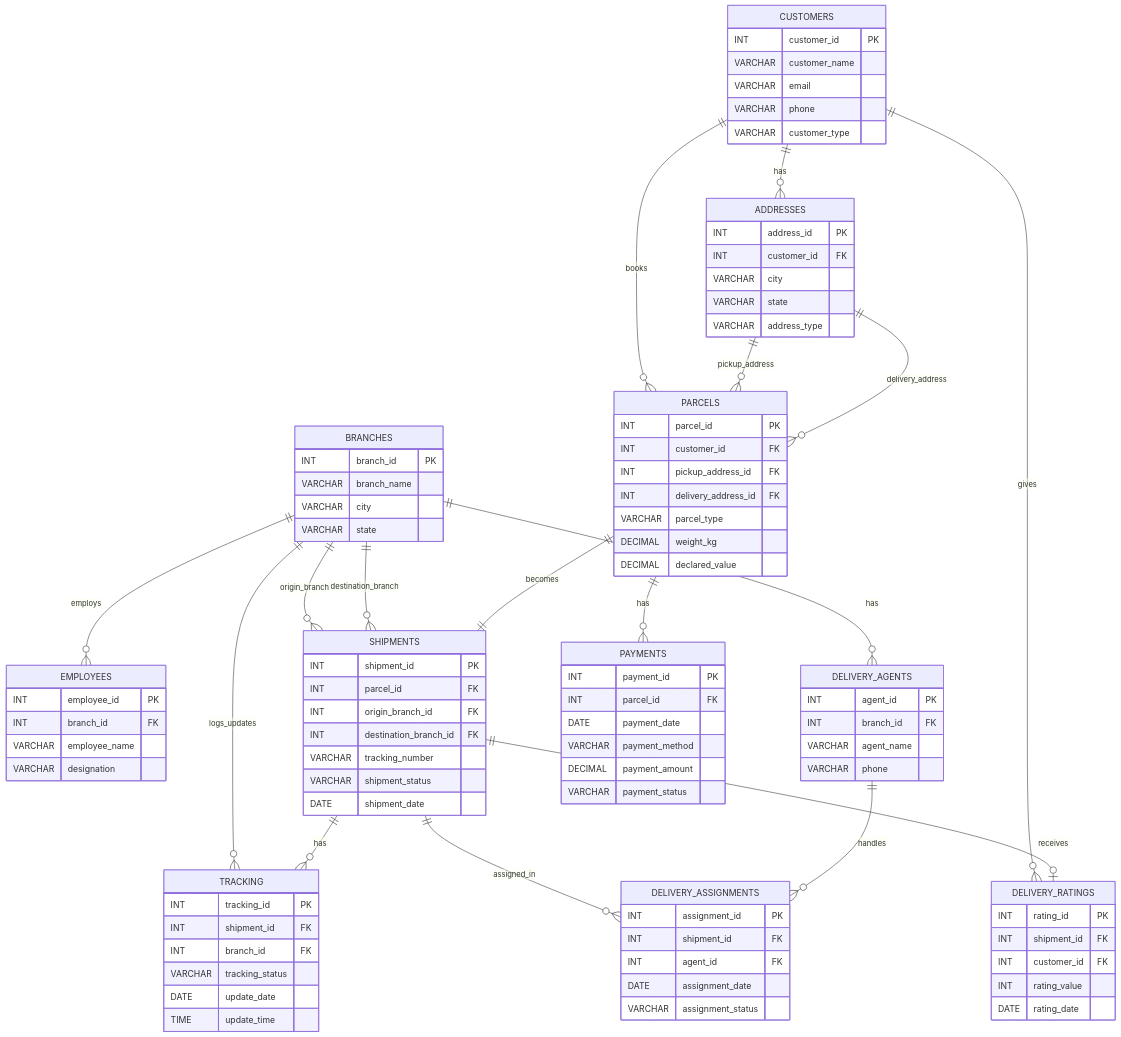
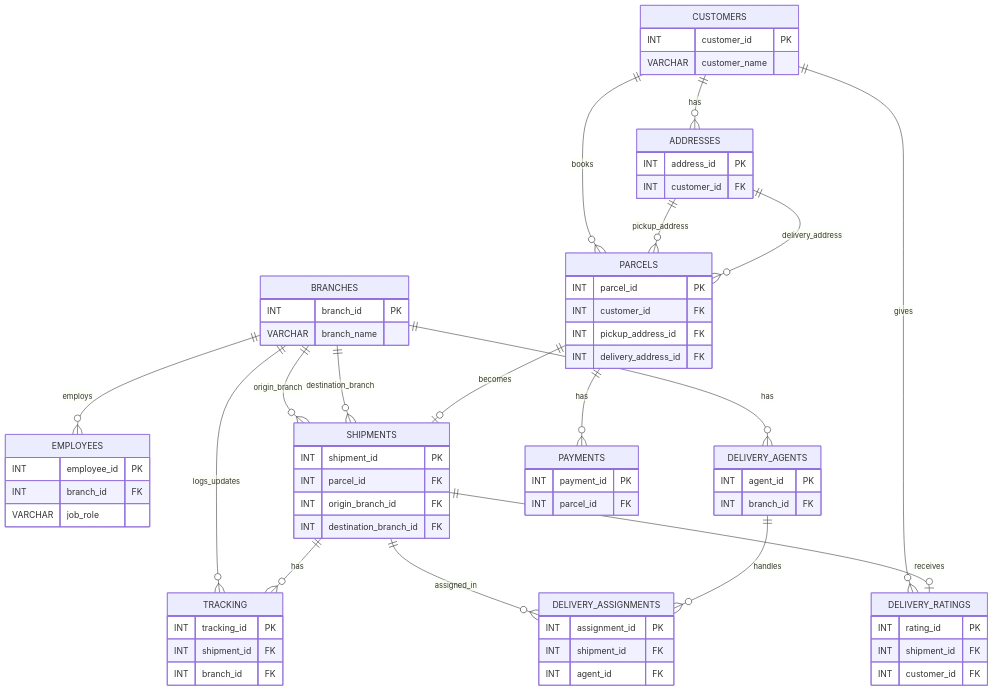
One commit to Arnav20072006/Courier-Management-Database changed the diagram in README.md. Above: the diagram before and after it, drawn with Mermaid. The commit also changed other lines of this file, not shown here.

````diff
--- a/README.md
+++ b/README.md
@@ -39,117 +38,72 @@
 ```mermaid
 erDiagram
-
     CUSTOMERS {
         INT customer_id PK
         VARCHAR customer_name
-        VARCHAR email
-        VARCHAR phone
-        VARCHAR customer_type
     }
-
     ADDRESSES {
         INT address_id PK
         INT customer_id FK
-        VARCHAR city
-        VARCHAR state
-        VARCHAR address_type
     }
-
     BRANCHES {
         INT branch_id PK
         VARCHAR branch_name
-        VARCHAR city
-        VARCHAR state
     }
-
     EMPLOYEES {
         INT employee_id PK
         INT branch_id FK
-        VARCHAR employee_name
-        VARCHAR designation
+        VARCHAR job_role
     }
-
     PARCELS {
         INT parcel_id PK
         INT customer_id FK
         INT pickup_address_id FK
         INT delivery_address_id FK
-        VARCHAR parcel_type
-        DECIMAL weight_kg
-        DECIMAL declared_value
     }
-
     SHIPMENTS {
         INT shipment_id PK
         INT parcel_id FK
         INT origin_branch_id FK
         INT destination_branch_id FK
-        VARCHAR tracking_number
-        VARCHAR shipment_status
-        DATE shipment_date
     }
-
     TRACKING {
         INT tracking_id PK
         INT shipment_id FK
         INT branch_id FK
-        VARCHAR tracking_status
-        DATE update_date
-        TIME update_time
     }
-
     DELIVERY_AGENTS {
         INT agent_id PK
         INT branch_id FK
-        VARCHAR agent_name
-        VARCHAR phone
     }
-
     DELIVERY_ASSIGNMENTS {
         INT assignment_id PK
         INT shipment_id FK
         INT agent_id FK
-        DATE assignment_date
-        VARCHAR assignment_status
     }
-
     PAYMENTS {
         INT payment_id PK
         INT parcel_id FK
-        DATE payment_date
-        VARCHAR payment_method
-        DECIMAL payment_amount
-        VARCHAR payment_status
     }
-
     DELIVERY_RATINGS {
         INT rating_id PK
         INT shipment_id FK
         INT customer_id FK
-        INT rating_value
-        DATE rating_date
     }
 
     CUSTOMERS ||--o{ ADDRESSES : has
     CUSTOMERS ||--o{ PARCELS : books
     CUSTOMERS ||--o{ DELIVERY_RATINGS : gives
-
     ADDRESSES ||--o{ PARCELS : pickup_address
     ADDRESSES ||--o{ PARCELS : delivery_address
-
     BRANCHES ||--o{ EMPLOYEES : employs
     BRANCHES ||--o{ SHIPMENTS : origin_branch
     BRANCHES ||--o{ SHIPMENTS : destination_branch
     BRANCHES ||--o{ TRACKING : logs_updates
     BRANCHES ||--o{ DELIVERY_AGENTS : has
-
-    PARCELS ||--|| SHIPMENTS : becomes
+    PARCELS ||--o| SHIPMENTS : becomes
     PARCELS ||--o{ PAYMENTS : has
-
     SHIPMENTS ||--o{ TRACKING : has
     SHIPMENTS ||--o{ DELIVERY_ASSIGNMENTS : assigned_in
     SHIPMENTS ||--o| DELIVERY_RATINGS : receives
-
     DELIVERY_AGENTS ||--o{ DELIVERY_ASSIGNMENTS : handles
-
 ```
````
